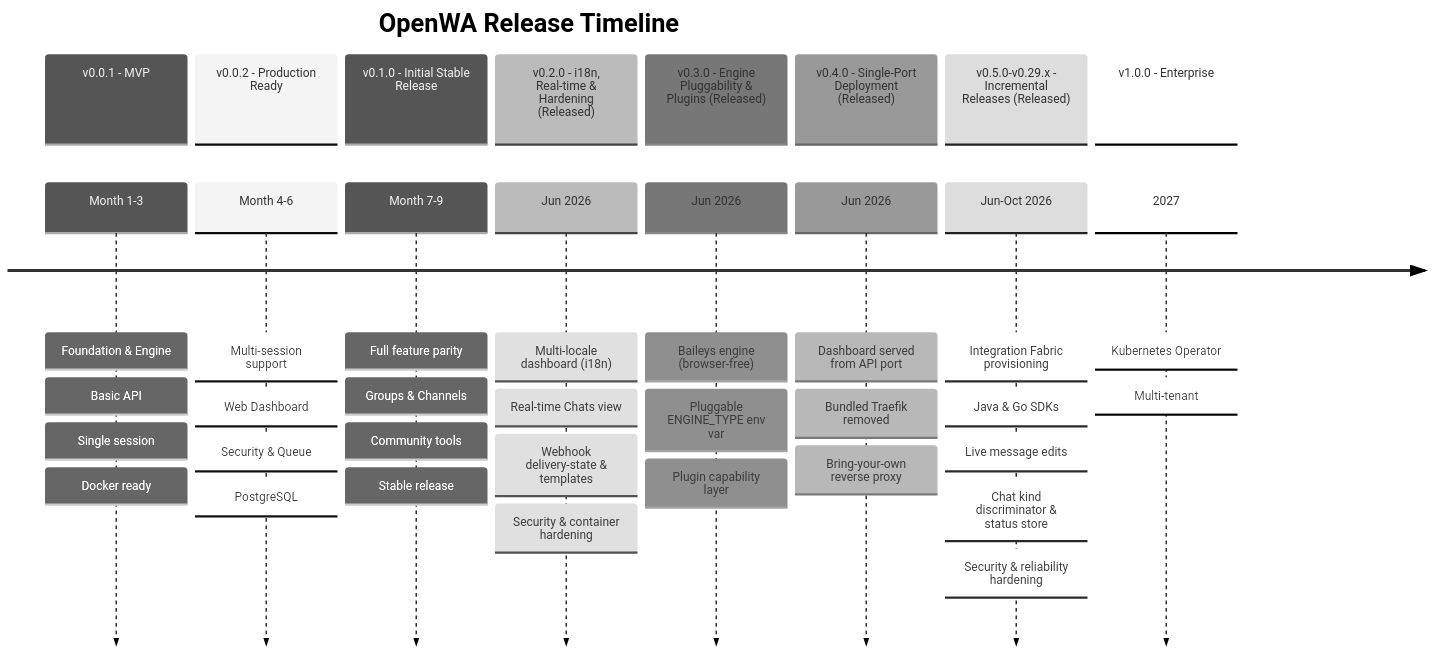
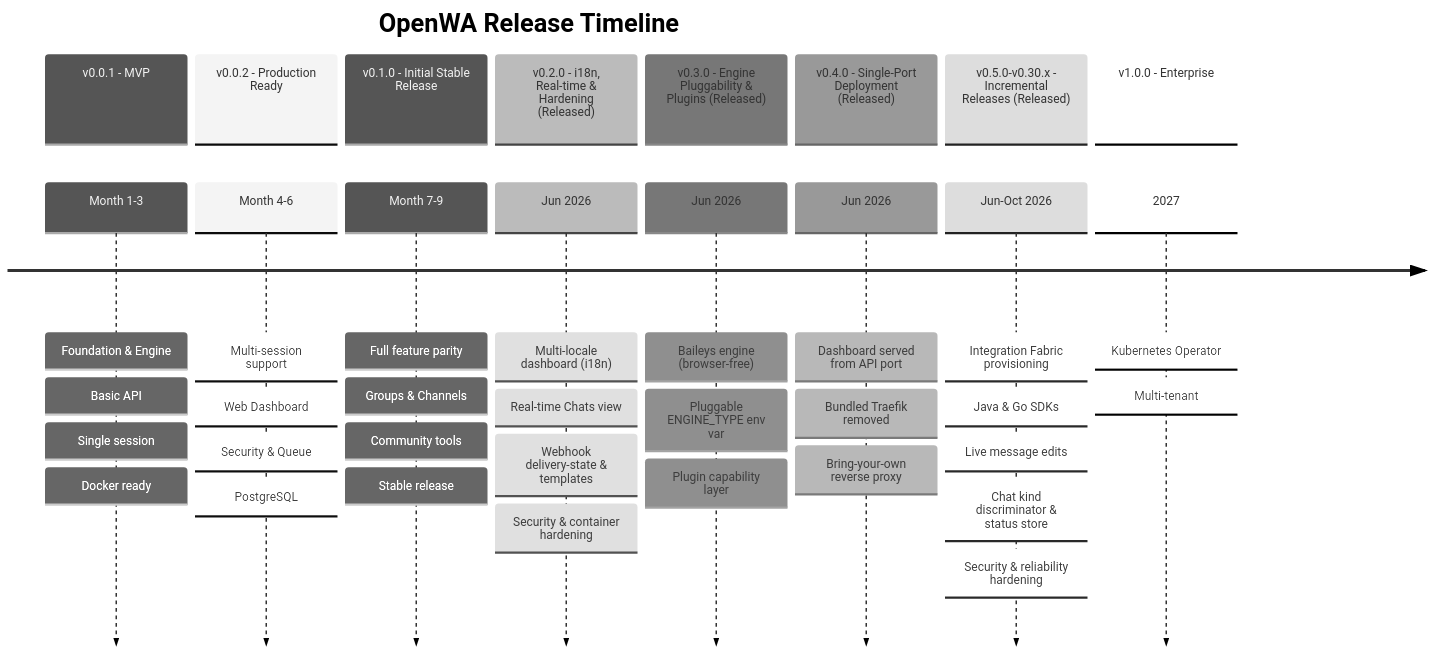
Before and after one commit to rmyndharis/OpenWA: the first of 7 diagrams in docs/15-project-roadmap.md, drawn with Mermaid (neutral theme). The commit also changed other lines of this file and 6 other files, not shown here.

````diff
--- a/docs/15-project-roadmap.md
+++ b/docs/15-project-roadmap.md
@@ -5,49 +5,49 @@
 ```mermaid
 timeline
     title OpenWA Release Timeline
 
     section v0.0.1 - MVP
         Month 1-3 : Foundation & Engine
                   : Basic API
                   : Single session
                   : Docker ready
 
     section v0.0.2 - Production Ready
         Month 4-6 : Multi-session support
                   : Web Dashboard
                   : Security & Queue
                   : PostgreSQL
 
     section v0.1.0 - Initial Stable Release
         Month 7-9 : Full feature parity
                   : Groups & Channels
                   : Community tools
                   : Stable release
 
     section v0.2.0 - i18n, Real-time & Hardening (Released)
         Jun 2026 : Multi-locale dashboard (i18n)
                  : Real-time Chats view
                  : Webhook delivery-state & templates
                  : Security & container hardening
 
     section v0.3.0 - Engine Pluggability & Plugins (Released)
         Jun 2026 : Baileys engine (browser-free)
                  : Pluggable ENGINE_TYPE env var
                  : Plugin capability layer
 
     section v0.4.0 - Single-Port Deployment (Released)
         Jun 2026 : Dashboard served from API port
                  : Bundled Traefik removed
                  : Bring-your-own reverse proxy
 
-    section v0.5.0-v0.29.x - Incremental Releases (Released)
+    section v0.5.0-v0.30.x - Incremental Releases (Released)
         Jun-Oct 2026 : Integration Fabric provisioning
                      : Java & Go SDKs
                      : Live message edits
                      : Chat kind discriminator & status store
                      : Security & reliability hardening
 
     section v1.0.0 - Enterprise
         2027 : Kubernetes Operator
              : Multi-tenant
 ```
````
